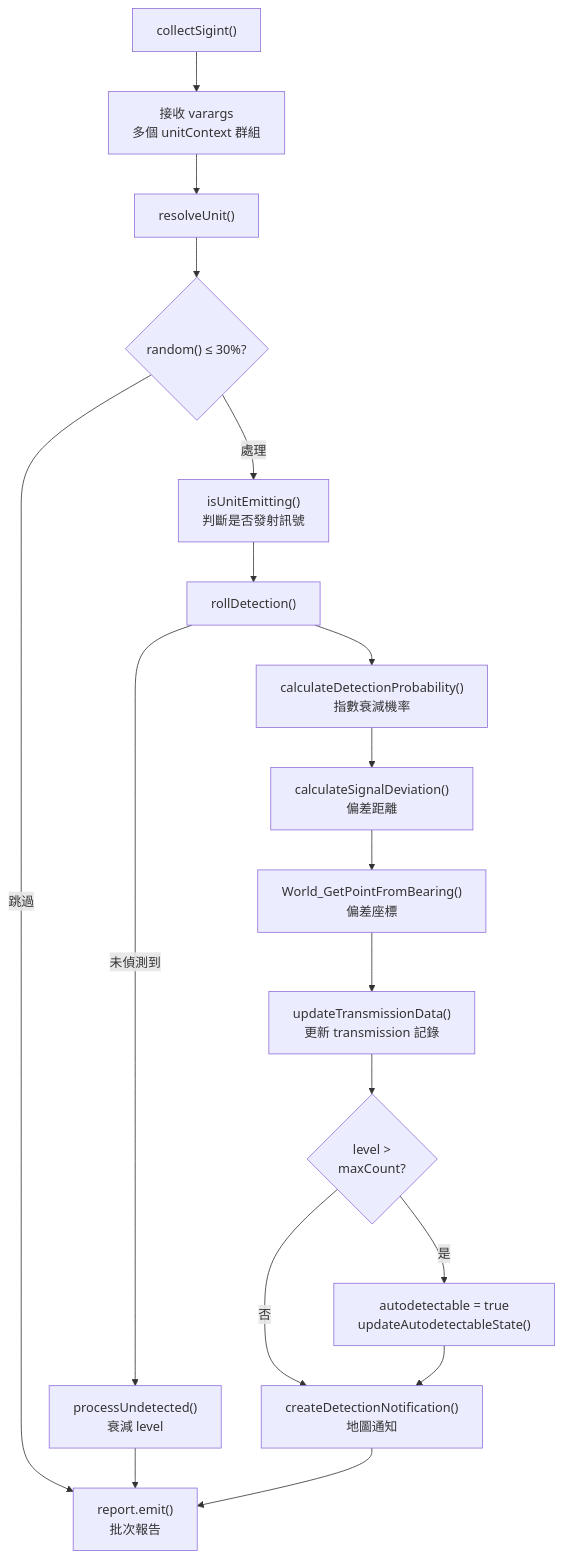
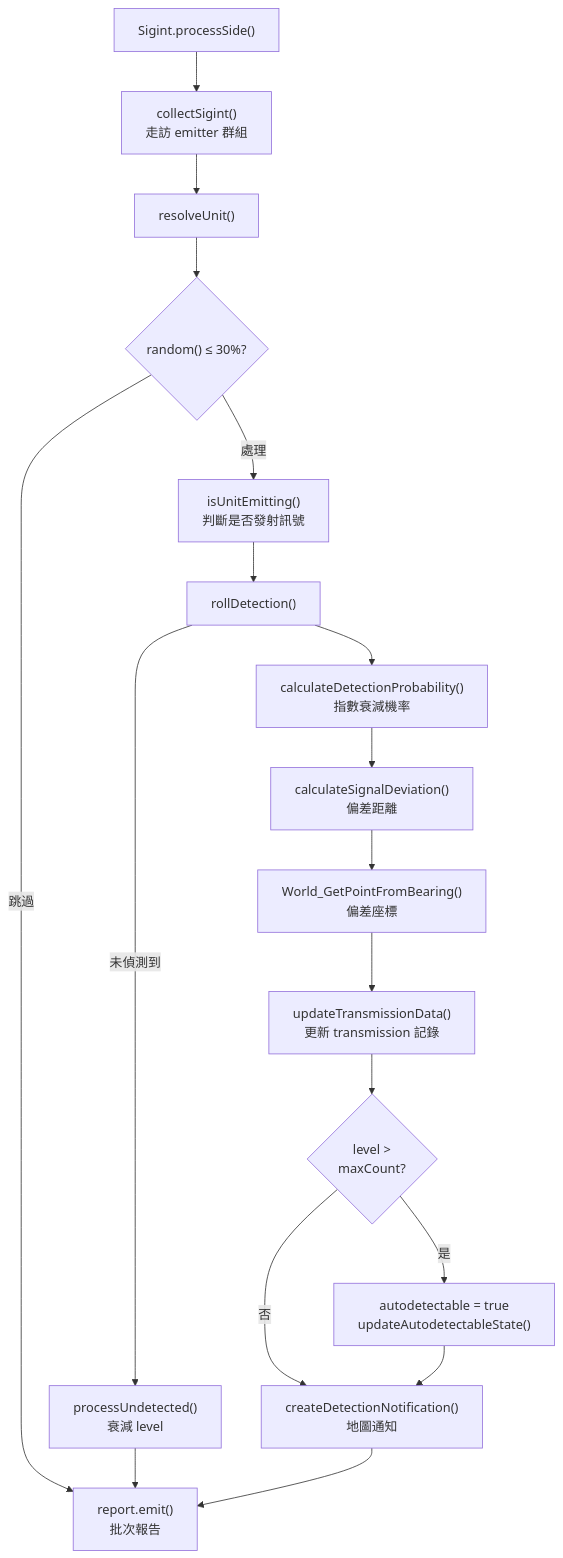
One commit to pullupjumper/formosa-in-flames changed the third of 3 diagrams in docs/ew/sigint.md. Above: the diagram before and after it, drawn with Mermaid. The commit also changed other lines of this file and 58 other files, not shown here.

````diff
--- a/docs/ew/sigint.md
+++ b/docs/ew/sigint.md
@@ -113,36 +113,36 @@
 ```mermaid
 flowchart TD
-    START["collectSigint()"]
-    ARGS["接收 varargs<br>多個 unitContext 群組"]
+    START["Sigint.processSide()"]
+    ARGS["collectSigint()<br>走訪 emitter 群組"]
     RESOLVE["resolveUnit()"]
     SKIP{"random() ≤ 30%?"}
     EMIT["isUnitEmitting()<br>判斷是否發射訊號"]
     DETECT["rollDetection()"]
     PROB["calculateDetectionProbability()<br>指數衰減機率"]
     DEV["calculateSignalDeviation()<br>偏差距離"]
     BEARING["World_GetPointFromBearing()<br>偏差座標"]
     UPDATE["updateTransmissionData()<br>更新 transmission 記錄"]
     AUTO{"level ><br>maxCount?"}
     AUTODETECT["autodetectable = true<br>updateAutodetectableState()"]
     UNDETECTED["processUndetected()<br>衰減 level"]
     NOTIFY["createDetectionNotification()<br>地圖通知"]
     LOG["report.emit()<br>批次報告"]
 
     START --> ARGS
     ARGS --> RESOLVE
     RESOLVE --> SKIP
     SKIP -->|跳過| LOG
     SKIP -->|處理| EMIT
     EMIT --> DETECT
     DETECT --> PROB
     PROB --> DEV
     DEV --> BEARING
     BEARING --> UPDATE
     UPDATE --> AUTO
     AUTO -->|是| AUTODETECT
     AUTO -->|否| NOTIFY
     AUTODETECT --> NOTIFY
     DETECT -->|未偵測到| UNDETECTED
     UNDETECTED --> LOG
     NOTIFY --> LOG
 ```
````
